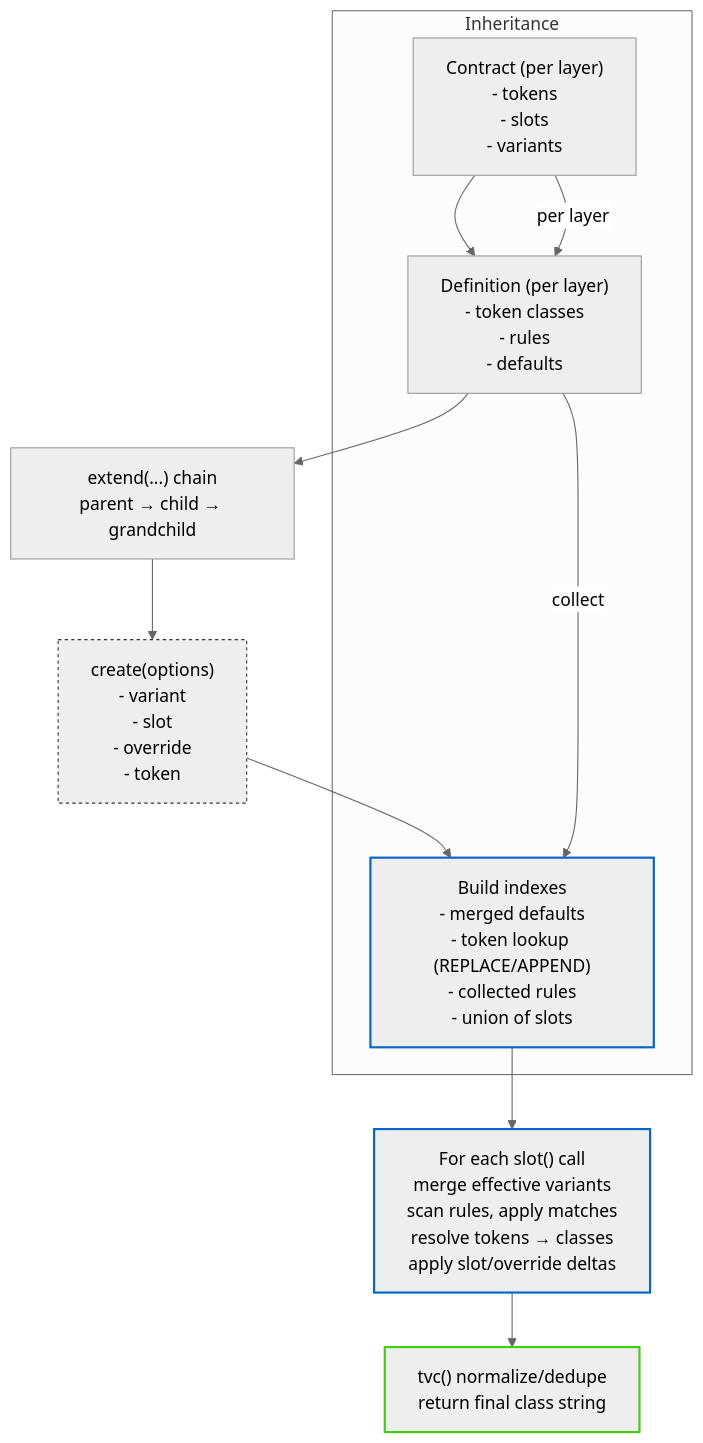
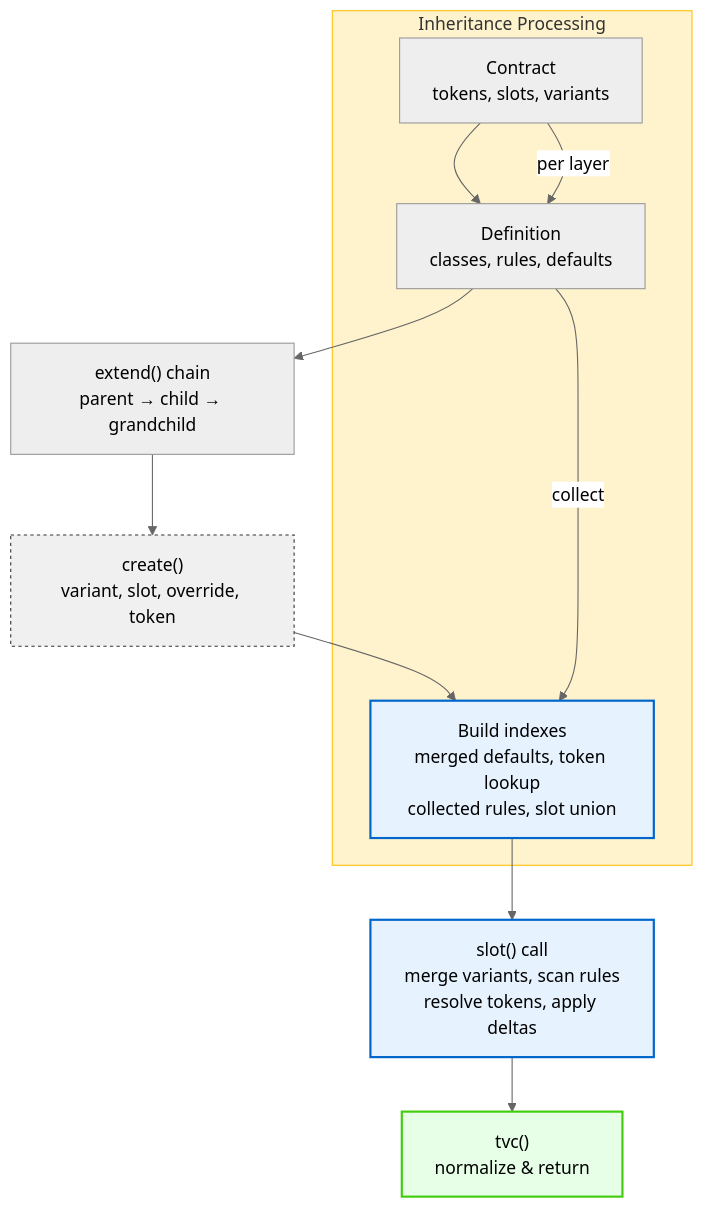
The diagram in packages/cls/README2.md (use-pico/pico), drawn with Mermaid (neutral theme) before and after one commit. The commit also changed other lines of this file, not shown here.

````diff
--- a/packages/cls/README2.md
+++ b/packages/cls/README2.md
@@ -422,19 +422,20 @@
 ```mermaid
 flowchart TD
-  A["Contract (per layer)<br/>- tokens<br/>- slots<br/>- variants"] --> B["Definition (per layer)<br/>- token classes<br/>- rules<br/>- defaults"]
-  B --> C["extend(...) chain<br/>parent → child → grandchild"]
-  C --> D["create(options)<br/>- variant<br/>- slot<br/>- override<br/>- token"]
-  D --> E["Build indexes<br/>- merged defaults<br/>- token lookup (REPLACE/APPEND)<br/>- collected rules<br/>- union of slots"]
-  E --> F["For each slot() call<br/>merge effective variants<br/>scan rules, apply matches<br/>resolve tokens → classes<br/>apply slot/override deltas"]
-  F --> G["tvc() normalize/dedupe<br/>return final class string"]
+  A["Contract<br/>tokens, slots, variants"] --> B["Definition<br/>classes, rules, defaults"]
+  B --> C["extend() chain<br/>parent → child → grandchild"]
+  C --> D["create()<br/>variant, slot, override, token"]
+  D --> E["Build indexes<br/>merged defaults, token lookup<br/>collected rules, slot union"]
+  E --> F["slot() call<br/>merge variants, scan rules<br/>resolve tokens, apply deltas"]
+  F --> G["tvc()<br/>normalize & return"]
 
-  subgraph Inheritance
+  subgraph Inheritance["Inheritance Processing"]
     A -->|per layer| B
     B -->|collect| E
   end
 
-  style G stroke:#4c1,stroke-width:2px
-  style F stroke:#06c,stroke-width:2px
-  style E stroke:#06c,stroke-width:2px
-  style D stroke:#333,stroke-dasharray: 3 3
+  style G stroke:#4c1,stroke-width:2px,fill:#e6ffe6
+  style F stroke:#06c,stroke-width:2px,fill:#e6f3ff
+  style E stroke:#06c,stroke-width:2px,fill:#e6f3ff
+  style D stroke:#333,stroke-dasharray: 3 3,fill:#f0f0f0
+  style Inheritance fill:#fff3cd,stroke:#ffc107
 ```
````
